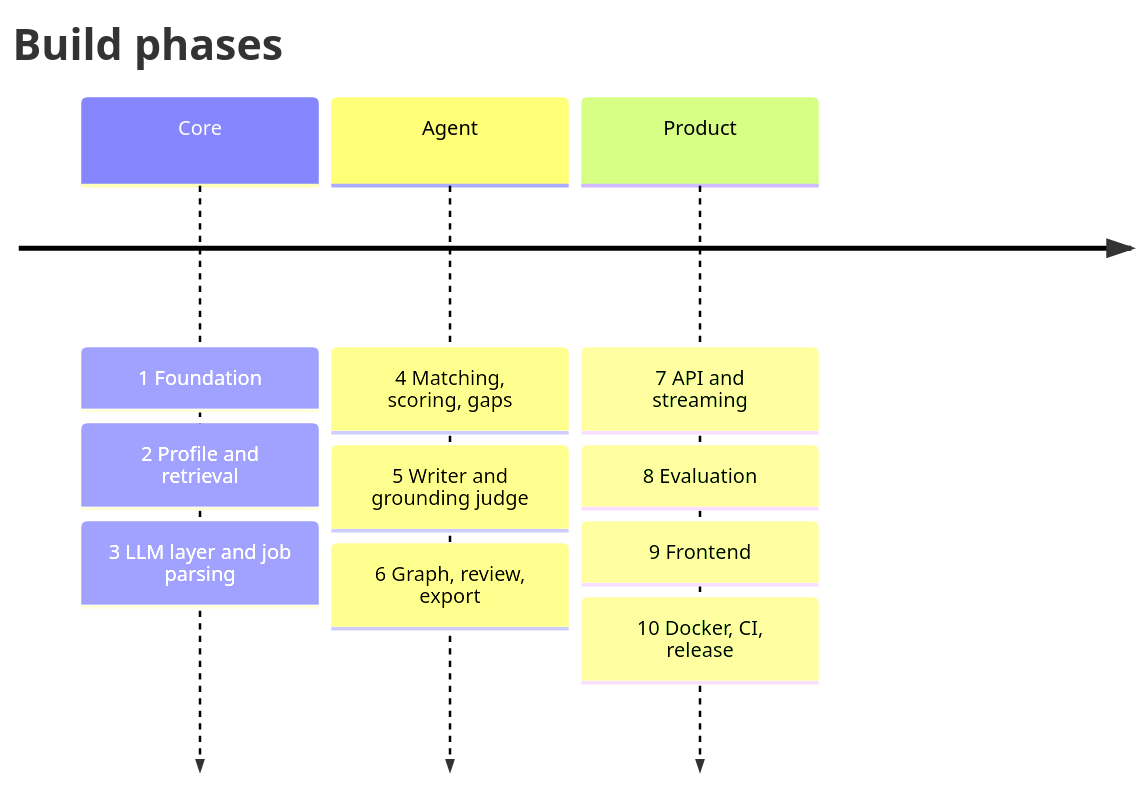
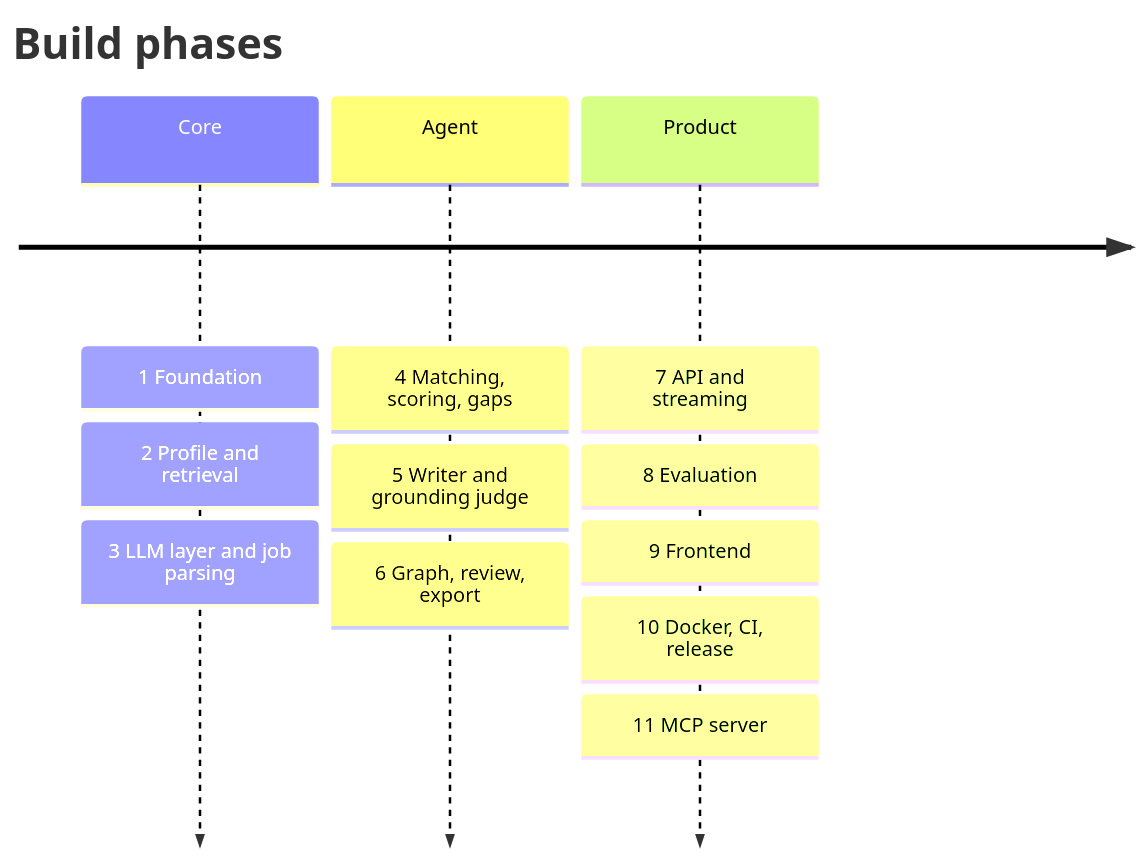
Before and after one commit to snikookar/job-fit-agent: diagram 12 of 12 in README.md, drawn with Mermaid. The commit also changed other lines of this file and 5 other files, not shown here.

First line of the commit message:
Phase 11: MCP server exposing the agent's tools (read-only, stdio) (#1)

````diff
--- a/README.md
+++ b/README.md
@@ -491,7 +537,7 @@
 ```mermaid
 timeline
     title Build phases
     Core : 1 Foundation : 2 Profile and retrieval : 3 LLM layer and job parsing
     Agent : 4 Matching, scoring, gaps : 5 Writer and grounding judge : 6 Graph, review, export
-    Product : 7 API and streaming : 8 Evaluation : 9 Frontend : 10 Docker, CI, release
+    Product : 7 API and streaming : 8 Evaluation : 9 Frontend : 10 Docker, CI, release : 11 MCP server
 ```
````
